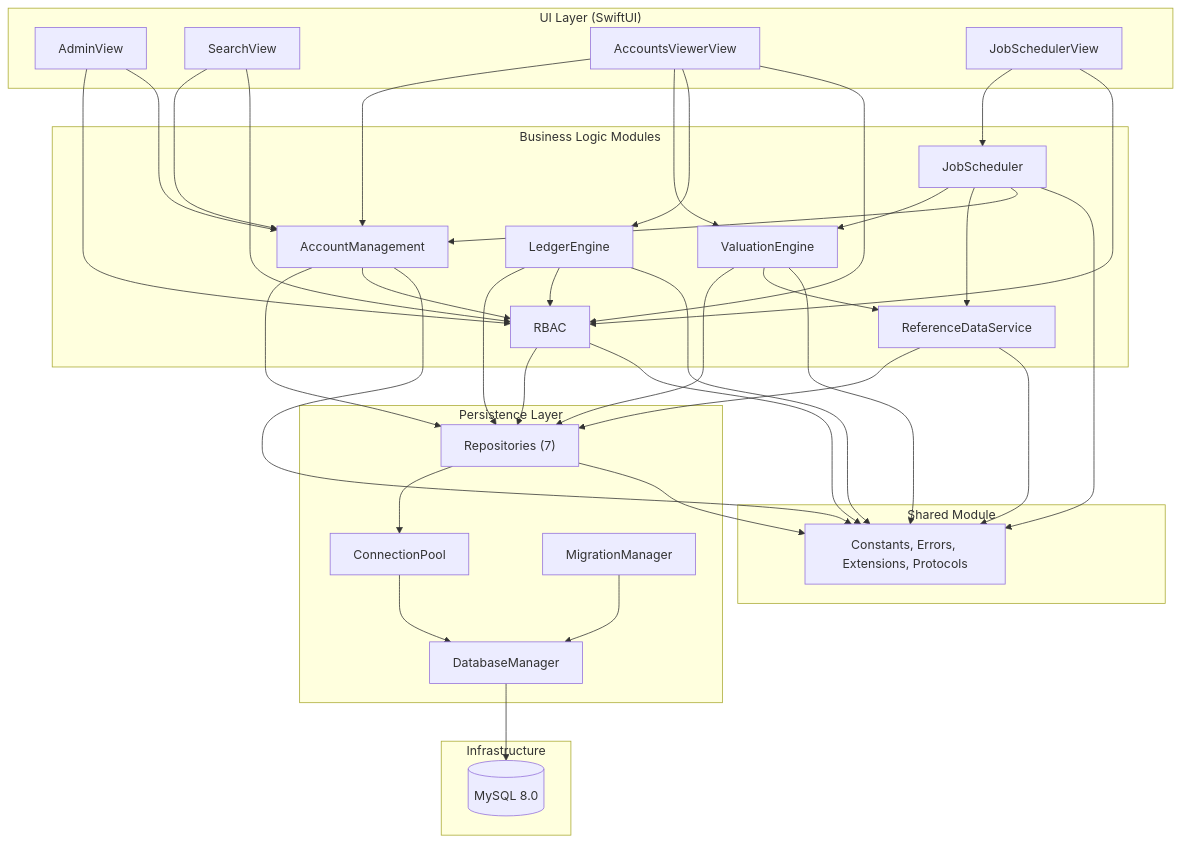
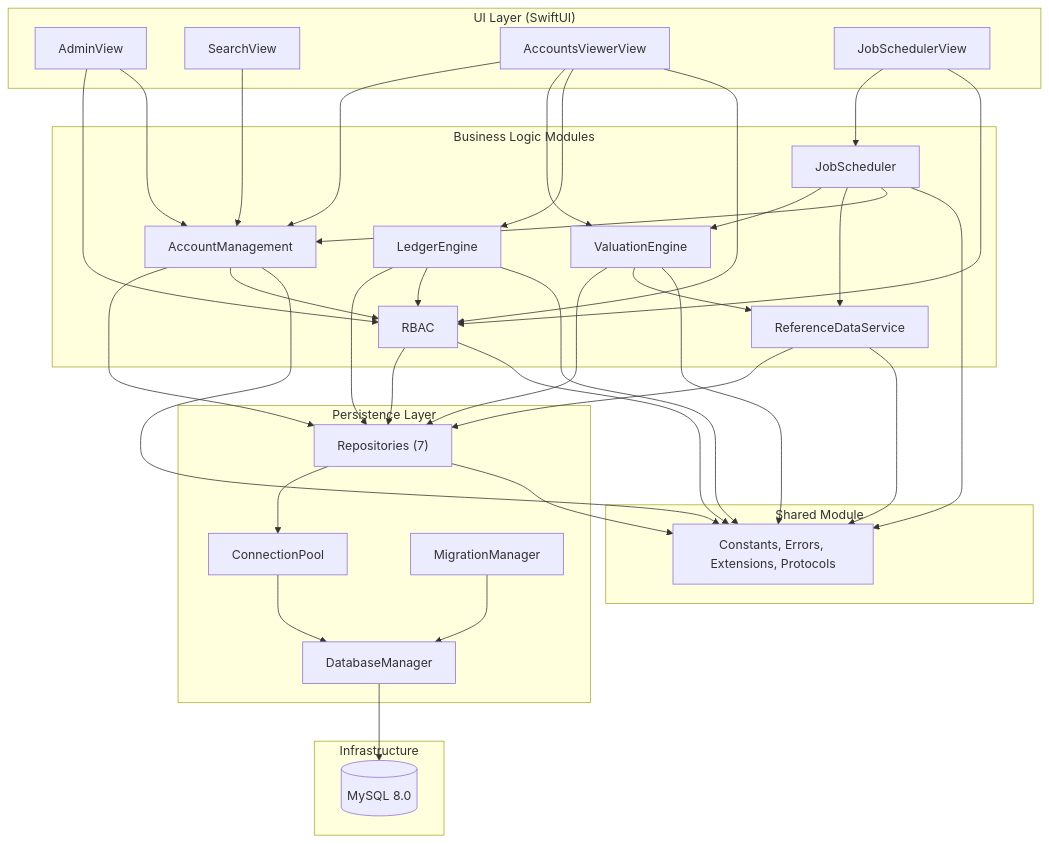
One commit to blitzy-public-samples/MikeRepo changed the diagram in Docs/architecture.md. Above: the diagram before and after it, drawn with Mermaid. The commit also changed other lines of this file and 4 other files, not shown here.

````diff
--- a/Docs/architecture.md
+++ b/Docs/architecture.md
@@ -55,69 +60,68 @@
 ```mermaid
 graph TD
     subgraph UILayer["UI Layer (SwiftUI)"]
         AV["AdminView"]
         SV["SearchView"]
         AVV["AccountsViewerView"]
         JSV["JobSchedulerView"]
     end
 
     subgraph BusinessLogic["Business Logic Modules"]
         AM["AccountManagement"]
         LE["LedgerEngine"]
         VE["ValuationEngine"]
         RDS["ReferenceDataService"]
         JS["JobScheduler"]
         RBAC["RBAC"]
     end
 
     subgraph PersistenceLayer["Persistence Layer"]
         DM["DatabaseManager"]
         CP["ConnectionPool"]
         REPOS["Repositories (7)"]
         MIG["MigrationManager"]
     end
 
     subgraph SharedLayer["Shared Module"]
         SH["Constants, Errors, Extensions, Protocols"]
     end
 
     subgraph Infrastructure["Infrastructure"]
         DB[("MySQL 8.0")]
     end
 
     AV --> RBAC
     AV --> AM
     SV --> AM
-    SV --> RBAC
     AVV --> AM
     AVV --> VE
     AVV --> LE
     AVV --> RBAC
     JSV --> JS
     JSV --> RBAC
 
     AM --> REPOS
     AM --> RBAC
     LE --> REPOS
     LE --> RBAC
     VE --> REPOS
     VE --> RDS
     RDS --> REPOS
     JS --> VE
     JS --> RDS
     JS --> AM
     RBAC --> REPOS
 
     REPOS --> CP
     CP --> DM
     DM --> DB
     MIG --> DM
 
     AM --> SH
     LE --> SH
     VE --> SH
     RDS --> SH
     JS --> SH
     RBAC --> SH
     REPOS --> SH
 ```
````
